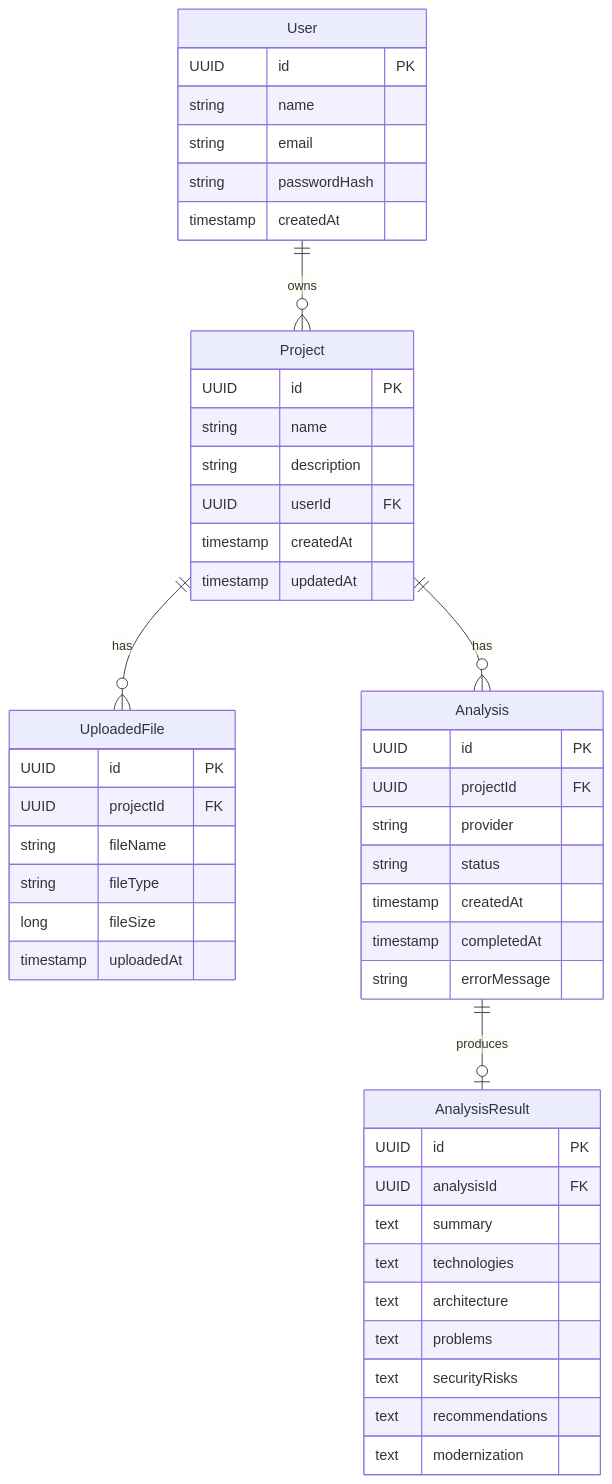
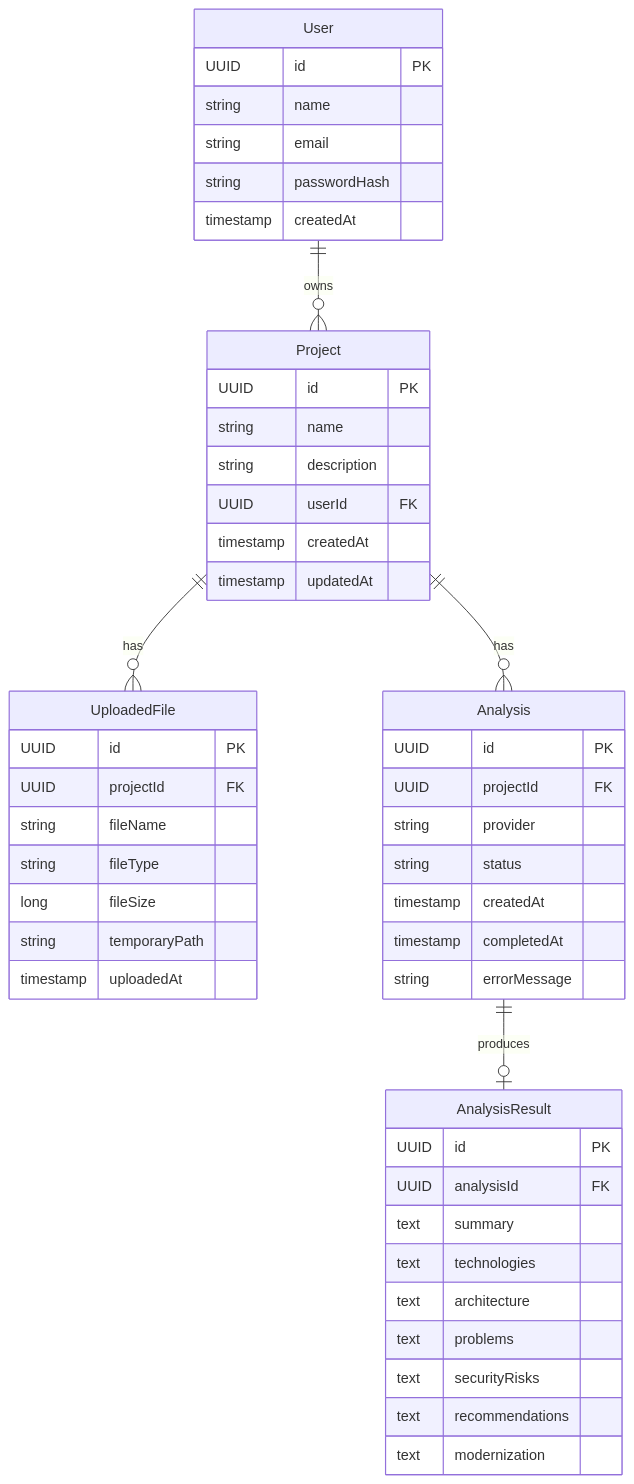
The second of 3 diagrams in ARCHITECTURE.md (alexanderbs3/legacyai-tcc), drawn with Mermaid before and after one commit. The commit also changed other lines of this file and 17 other files, not shown here.

````diff
--- a/ARCHITECTURE.md
+++ b/ARCHITECTURE.md
@@ -62,51 +62,52 @@
 ```mermaid
 erDiagram
     User ||--o{ Project : "owns"
     Project ||--o{ UploadedFile : "has"
     Project ||--o{ Analysis : "has"
     Analysis ||--o| AnalysisResult : "produces"
 
     User {
         UUID id PK
         string name
         string email
         string passwordHash
         timestamp createdAt
     }
     Project {
         UUID id PK
         string name
         string description
         UUID userId FK
         timestamp createdAt
         timestamp updatedAt
     }
     UploadedFile {
         UUID id PK
         UUID projectId FK
         string fileName
         string fileType
         long fileSize
+        string temporaryPath
         timestamp uploadedAt
     }
     Analysis {
         UUID id PK
         UUID projectId FK
         string provider
         string status
         timestamp createdAt
         timestamp completedAt
         string errorMessage
     }
     AnalysisResult {
         UUID id PK
         UUID analysisId FK
         text summary
         text technologies
         text architecture
         text problems
         text securityRisks
         text recommendations
         text modernization
     }
 ```
````
